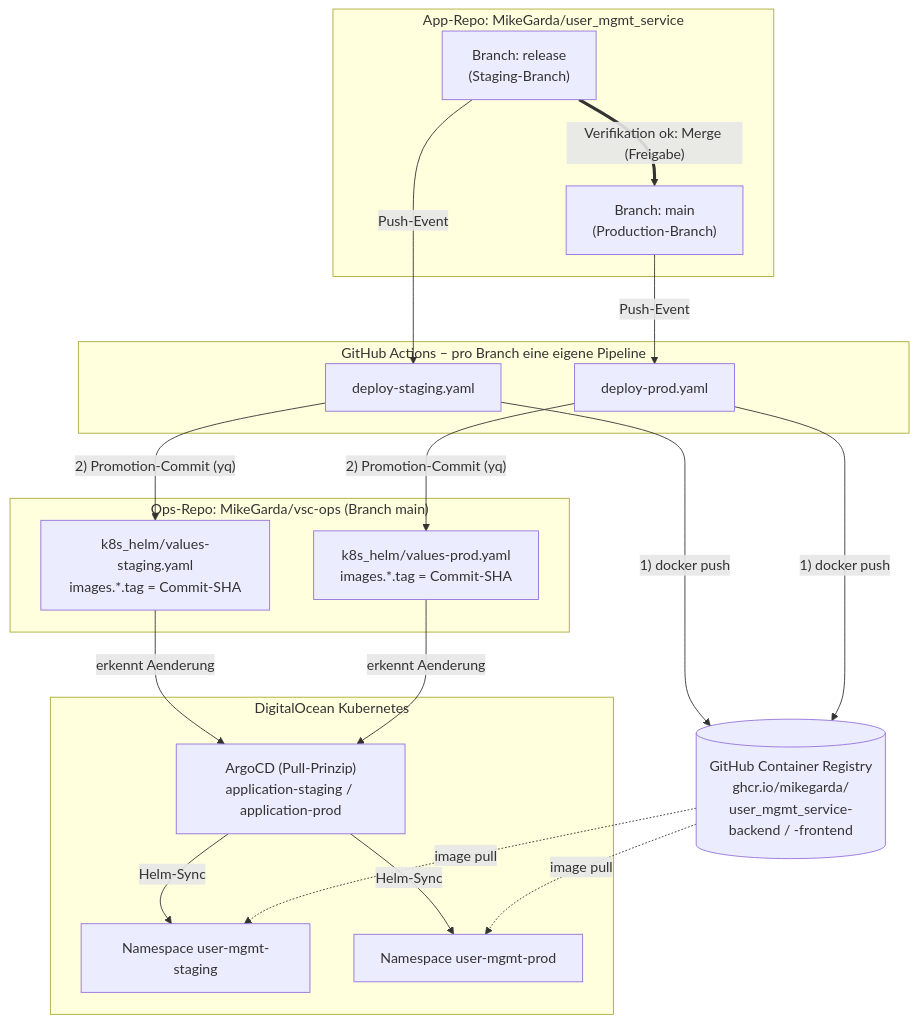
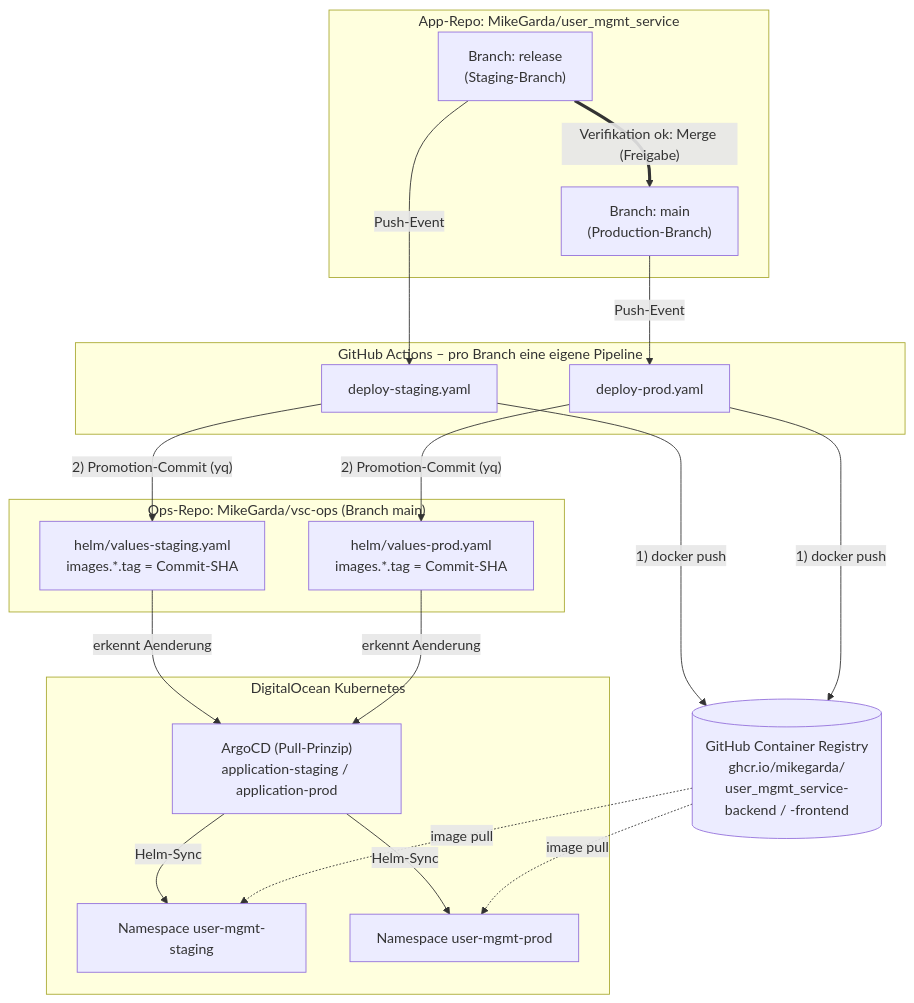
The first of 2 diagrams in README.md (MikeGarda/vsc-ops), drawn with Mermaid before and after one commit. The commit also changed other lines of this file and 18 other files, not shown here.

````diff
--- a/README.md
+++ b/README.md
@@ -36,41 +36,41 @@
 ```mermaid
 flowchart TD
     subgraph APP["App-Repo: MikeGarda/user_mgmt_service"]
         REL["Branch: release<br/>(Staging-Branch)"]
         MAIN["Branch: main<br/>(Production-Branch)"]
     end
 
     subgraph CI["GitHub Actions – pro Branch eine eigene Pipeline"]
         PST["deploy-staging.yaml"]
         PPR["deploy-prod.yaml"]
     end
 
     GHCR[("GitHub Container Registry<br/>ghcr.io/mikegarda/<br/>user_mgmt_service-backend / -frontend")]
 
     subgraph OPS["Ops-Repo: MikeGarda/vsc-ops (Branch main)"]
-        VST["k8s_helm/values-staging.yaml<br/>images.*.tag = Commit-SHA"]
-        VPR["k8s_helm/values-prod.yaml<br/>images.*.tag = Commit-SHA"]
+        VST["helm/values-staging.yaml<br/>images.*.tag = Commit-SHA"]
+        VPR["helm/values-prod.yaml<br/>images.*.tag = Commit-SHA"]
     end
 
     subgraph K8S["DigitalOcean Kubernetes"]
         ARG["ArgoCD (Pull-Prinzip)<br/>application-staging / application-prod"]
         NSS["Namespace user-mgmt-staging"]
         NSP["Namespace user-mgmt-prod"]
     end
 
     REL -- "Push-Event" --> PST
     MAIN -- "Push-Event" --> PPR
     REL == "Verifikation ok: Merge (Freigabe)" ==> MAIN
 
     PST -- "1) docker push" --> GHCR
     PPR -- "1) docker push" --> GHCR
     PST -- "2) Promotion-Commit (yq)" --> VST
     PPR -- "2) Promotion-Commit (yq)" --> VPR
 
     VST -- "erkennt Aenderung" --> ARG
     VPR -- "erkennt Aenderung" --> ARG
     ARG -- "Helm-Sync" --> NSS
     ARG -- "Helm-Sync" --> NSP
     GHCR -. "image pull" .-> NSS
     GHCR -. "image pull" .-> NSP
 ```
````
